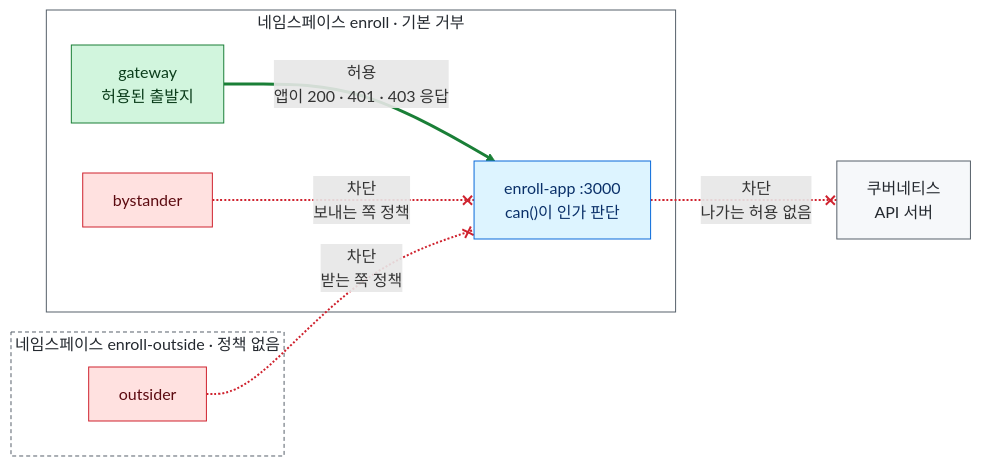
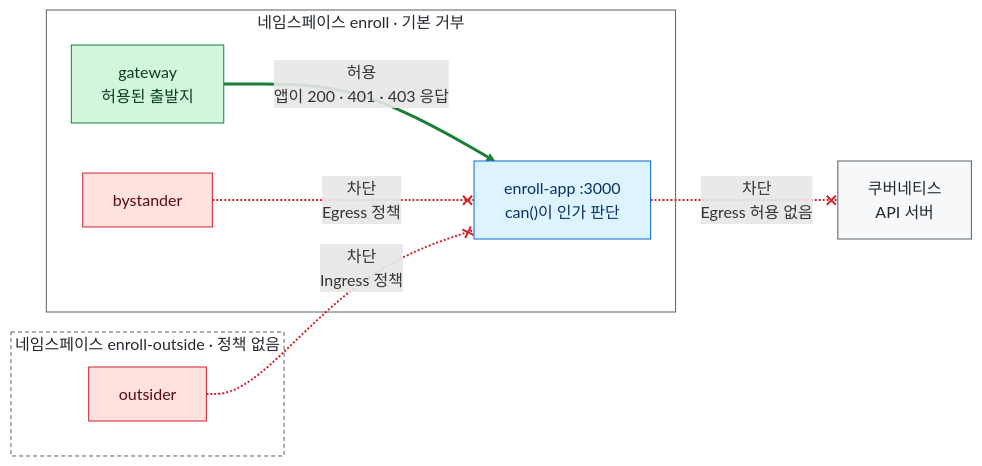
One commit to loquemedalagana/secure-enroll-demo changed the diagram in README.md. Above: the diagram before and after it, drawn with Mermaid. The commit also changed other lines of this file, not shown here.

````diff
--- a/README.md
+++ b/README.md
@@ -160,30 +160,30 @@
 ```mermaid
 flowchart LR
   subgraph outside["네임스페이스 enroll-outside · 정책 없음"]
     outsider["outsider"]
   end
   subgraph enroll["네임스페이스 enroll · 기본 거부"]
     gateway["gateway<br/>허용된 출발지"]
     bystander["bystander"]
     app["enroll-app :3000<br/>can()이 인가 판단"]
   end
   api["쿠버네티스<br/>API 서버"]
 
   gateway == "허용<br/>앱이 200 · 401 · 403 응답" ==> app
-  bystander -. "차단<br/>보내는 쪽 정책" .-x app
-  outsider -. "차단<br/>받는 쪽 정책" .-x app
-  app -. "차단<br/>나가는 허용 없음" .-x api
+  bystander -. "차단<br/>Egress 정책" .-x app
+  outsider -. "차단<br/>Ingress 정책" .-x app
+  app -. "차단<br/>Egress 허용 없음" .-x api
 
   classDef allow fill:#d1f5dd,stroke:#1a7f37,color:#0b3d1b
   classDef deny fill:#ffe1e0,stroke:#cf222e,color:#5c0a10
   classDef target fill:#ddf4ff,stroke:#0969da,color:#0a3069
   classDef neutral fill:#f6f8fa,stroke:#57606a,color:#24292f
   class gateway allow
   class bystander,outsider deny
   class app target
   class api neutral
   style enroll fill:#ffffff,stroke:#57606a,color:#24292f
   style outside fill:#ffffff,stroke:#57606a,color:#24292f,stroke-dasharray:4 3
   linkStyle 0 stroke:#1a7f37,stroke-width:3px
   linkStyle 1,2,3 stroke:#cf222e,stroke-width:2px
 ```
````
